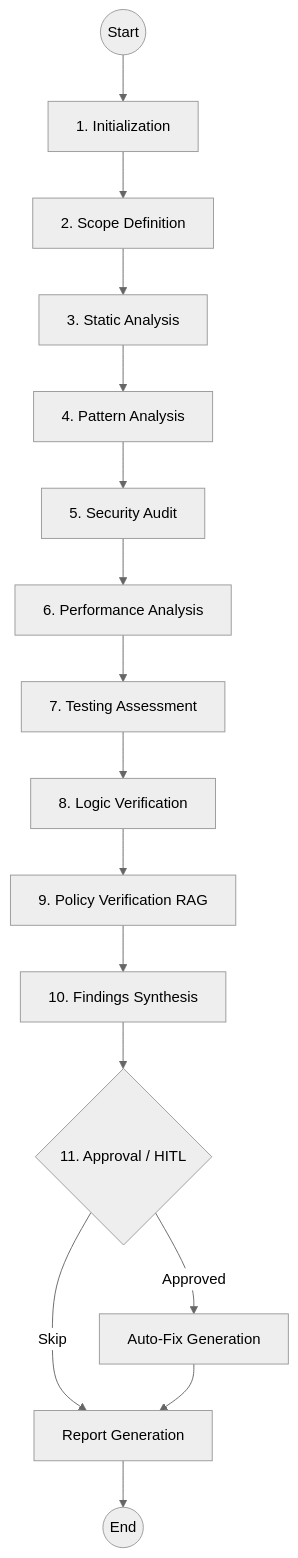
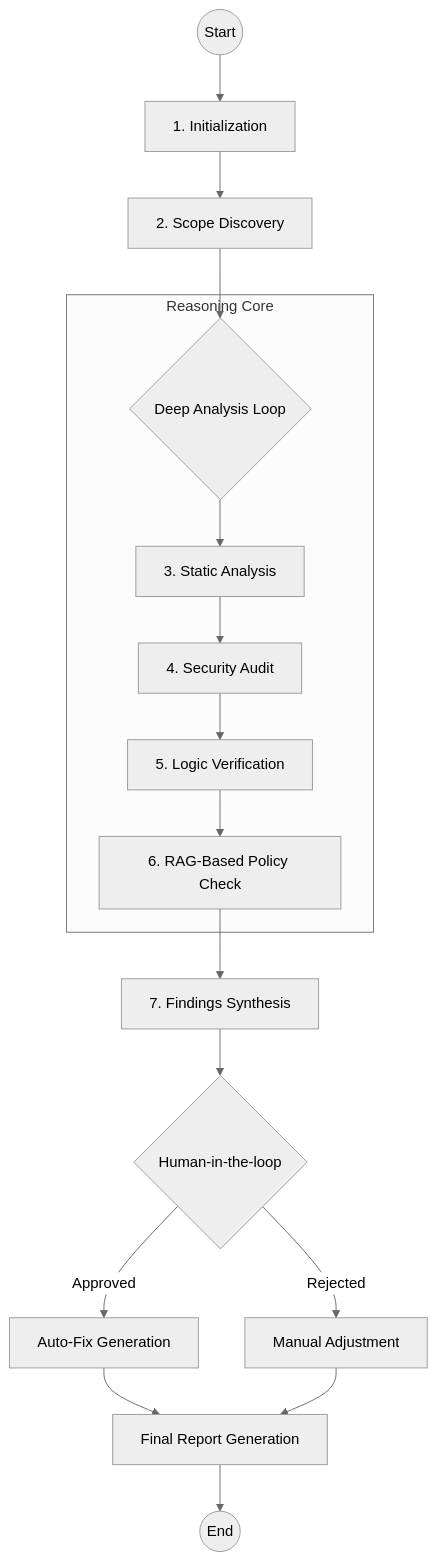
Before and after one commit to Ismail-2001/Code-Review-and-Debugging-Agent: the diagram in README.md, drawn with Mermaid (neutral theme). The commit also changed other lines of this file, not shown here.

Commit message:
docs: implement architectural mermaid diagram and elite-standard readme

````diff
--- a/README.md
+++ b/README.md
@@ -32,18 +18,23 @@
 ```mermaid
 graph TD
     Start((Start)) --> Init[1. Initialization]
-    Init --> Scope[2. Scope Definition]
-    Scope --> Static[3. Static Analysis]
-    Static --> Pattern[4. Pattern Analysis]
-    Pattern --> Security[5. Security Audit]
-    Security --> Perf[6. Performance Analysis]
-    Perf --> Test[7. Testing Assessment]
-    Test --> Logic[8. Logic Verification]
-    Logic --> Policy[9. Policy Verification RAG]
-    Policy --> Synthesis[10. Findings Synthesis]
-    Synthesis --> HITL{11. Approval / HITL}
+    Init --> Scope[2. Scope Discovery]
+    Scope --> Analysis{Deep Analysis Loop}
+    
+    subgraph "Reasoning Core"
+    Analysis --> Static[3. Static Analysis]
+    Static --> Security[4. Security Audit]
+    Security --> Logic[5. Logic Verification]
+    Logic --> Policy[6. RAG-Based Policy Check]
+    end
+    
+    Policy --> Synthesis[7. Findings Synthesis]
+    Synthesis --> HITL{Human-in-the-loop}
+    
     HITL -- Approved --> Fix[Auto-Fix Generation]
-    HITL -- Skip --> Report[Report Generation]
-    Fix --> Report
+    HITL -- Rejected --> Adjust[Manual Adjustment]
+    
+    Fix --> Report[Final Report Generation]
+    Adjust --> Report
     Report --> End((End))
 ```
````
